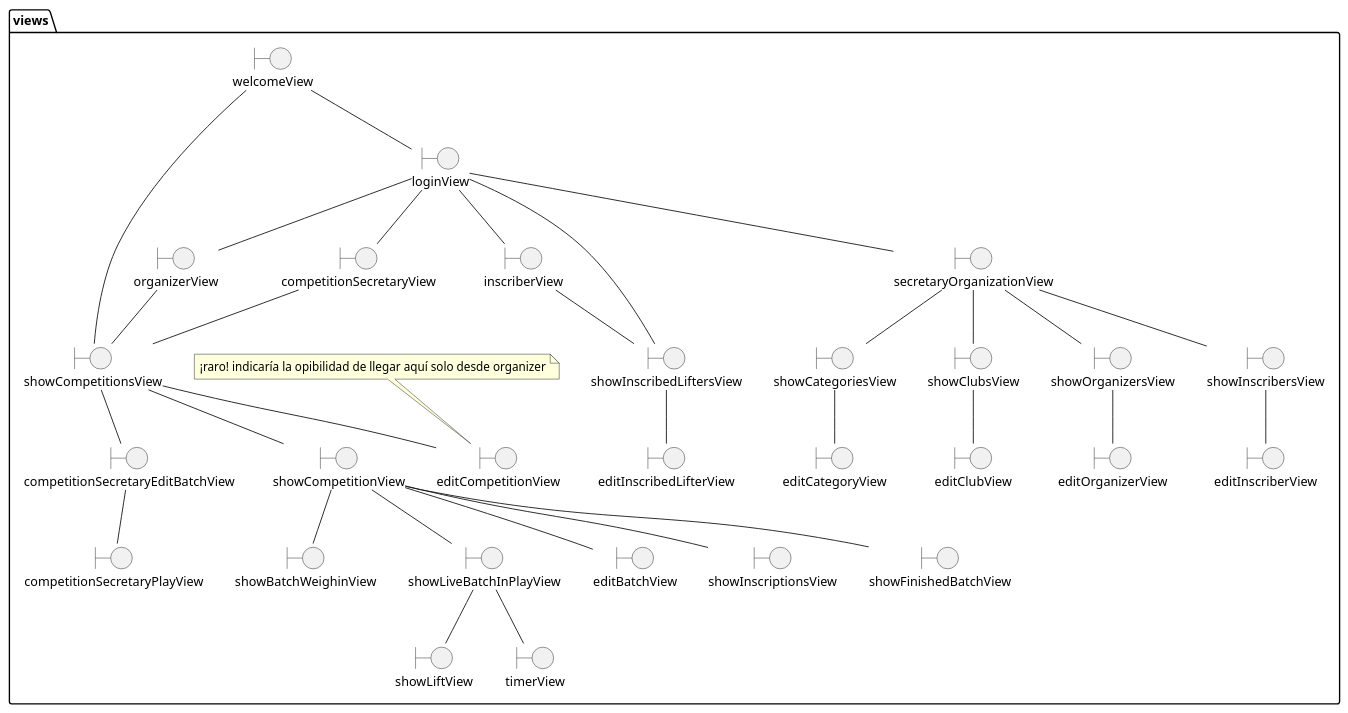
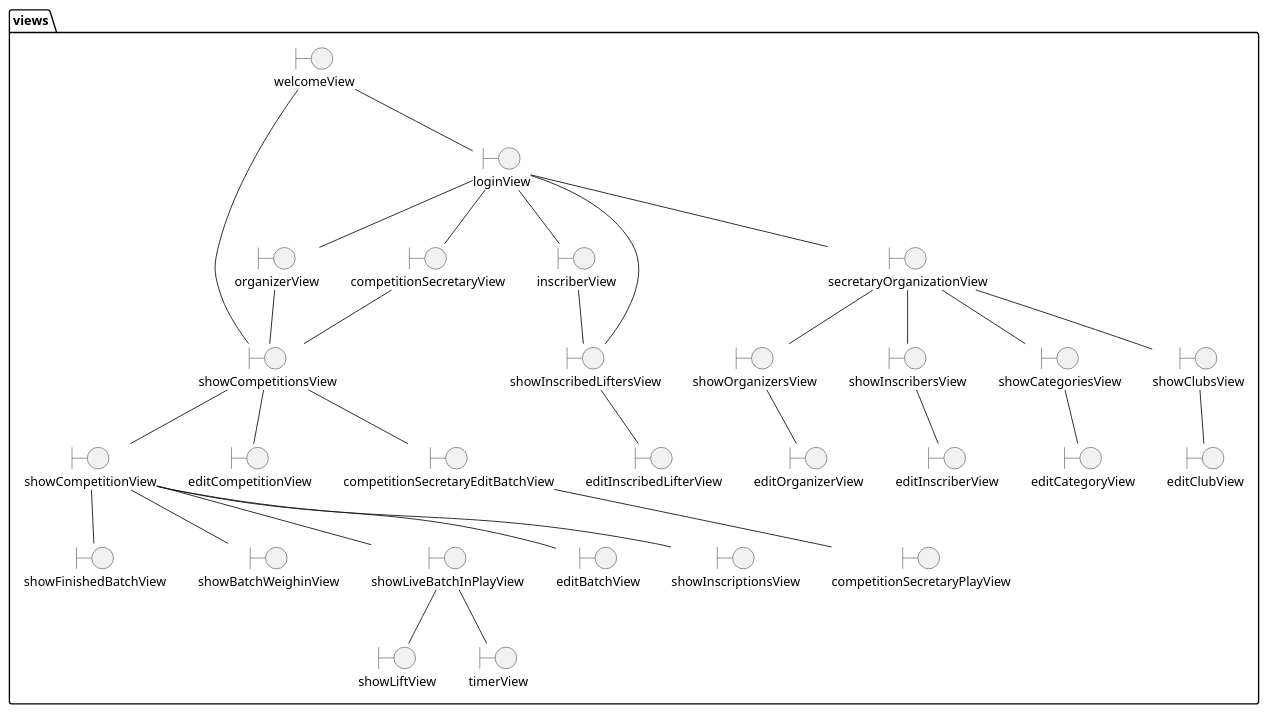
One commit to zuldare/mastercloud_pfm_halterocms changed the diagram in documentation/diagrams/2_analysis/2_Views_ArchitectureAnalysis.puml. Above: the diagram before and after it, drawn with PlantUML. The commit also changed 2 other files, not shown here.

Commit message:
Add class diagrams

```diff
--- a/documentation/diagrams/2_analysis/2_Views_ArchitectureAnalysis.puml
+++ b/documentation/diagrams/2_analysis/2_Views_ArchitectureAnalysis.puml
@@ -1,102 +1,100 @@
 @startuml
 
 top to bottom direction
 
 package views {
   boundary showCompetitionsView
   boundary showCompetitionView
 
   boundary showInscriptionsView
   boundary showFinishedBatchView
   boundary showBatchWeighinView
   boundary showLiveBatchInPlayView
 
   boundary loginView
 
   showCompetitionsView -- showCompetitionView
   showCompetitionView -- showInscriptionsView
   showCompetitionView -- showFinishedBatchView
   showCompetitionView -- showBatchWeighinView
   showCompetitionView -- showLiveBatchInPlayView
 
 
   boundary showCategoriesView
   boundary editCategoryView
 
 
   boundary showClubsView
   boundary editClubView
 
 
   boundary showOrganizersView
   boundary editOrganizerView
 
   boundary showInscribersView
   boundary editInscriberView
 
 
   boundary showInscribedLiftersView
 
   boundary editCompetitionView
-  note top of editCompetitionView: ¡raro! indicaría la opibilidad de llegar aquí solo desde organizer
-
   boundary editBatchView
 
   boundary showLiftView
   boundary timerView
 
   boundary welcomeView
 
   welcomeView -- showCompetitionsView
 
   boundary loginView
 
   welcomeView -- loginView
 
   boundary secretaryOrganizationView
 
   loginView -- secretaryOrganizationView
 
   secretaryOrganizationView -- showInscribersView
   secretaryOrganizationView -- showCategoriesView
   secretaryOrganizationView -- showOrganizersView
   secretaryOrganizationView -- showClubsView
 
   showClubsView -- editClubView
   showOrganizersView -- editOrganizerView
   showInscribersView -- editInscriberView
   showCategoriesView -- editCategoryView
 
   boundary editInscribedLifterView
   loginView -- showInscribedLiftersView
   showInscribedLiftersView -- editInscribedLifterView
 
 
   boundary inscriberView
   loginView -- inscriberView
   inscriberView -- showInscribedLiftersView
 
   boundary organizerView
   loginView -- organizerView
   organizerView -- showCompetitionsView
   showCompetitionsView -- editCompetitionView
 
   boundary competitionSecretaryView
   boundary competitionSecretaryEditBatchView
   boundary competitionSecretaryPlayView
 
   loginView -- competitionSecretaryView
   competitionSecretaryView -- showCompetitionsView
 
 
 
   showCompetitionsView -- competitionSecretaryEditBatchView
   competitionSecretaryEditBatchView -- competitionSecretaryPlayView
 
   showLiveBatchInPlayView -- showLiftView
   showLiveBatchInPlayView -- timerView
 
   showCompetitionView -- editBatchView
 }
 
 @enduml
```
